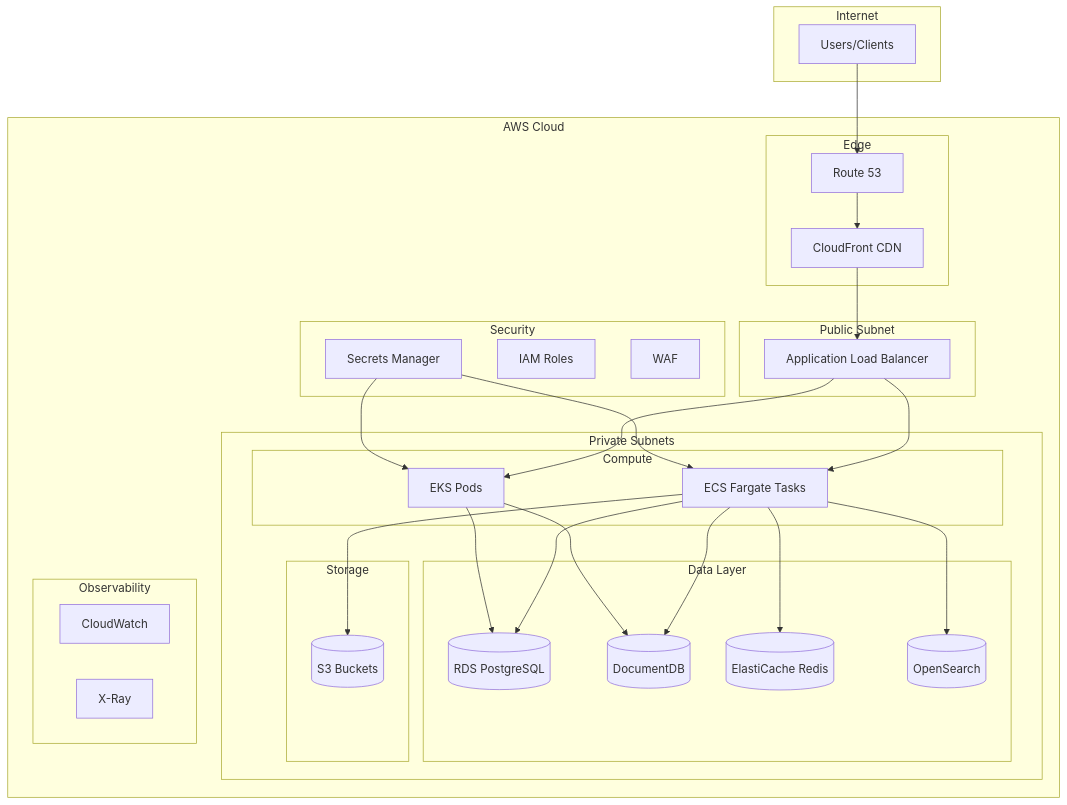
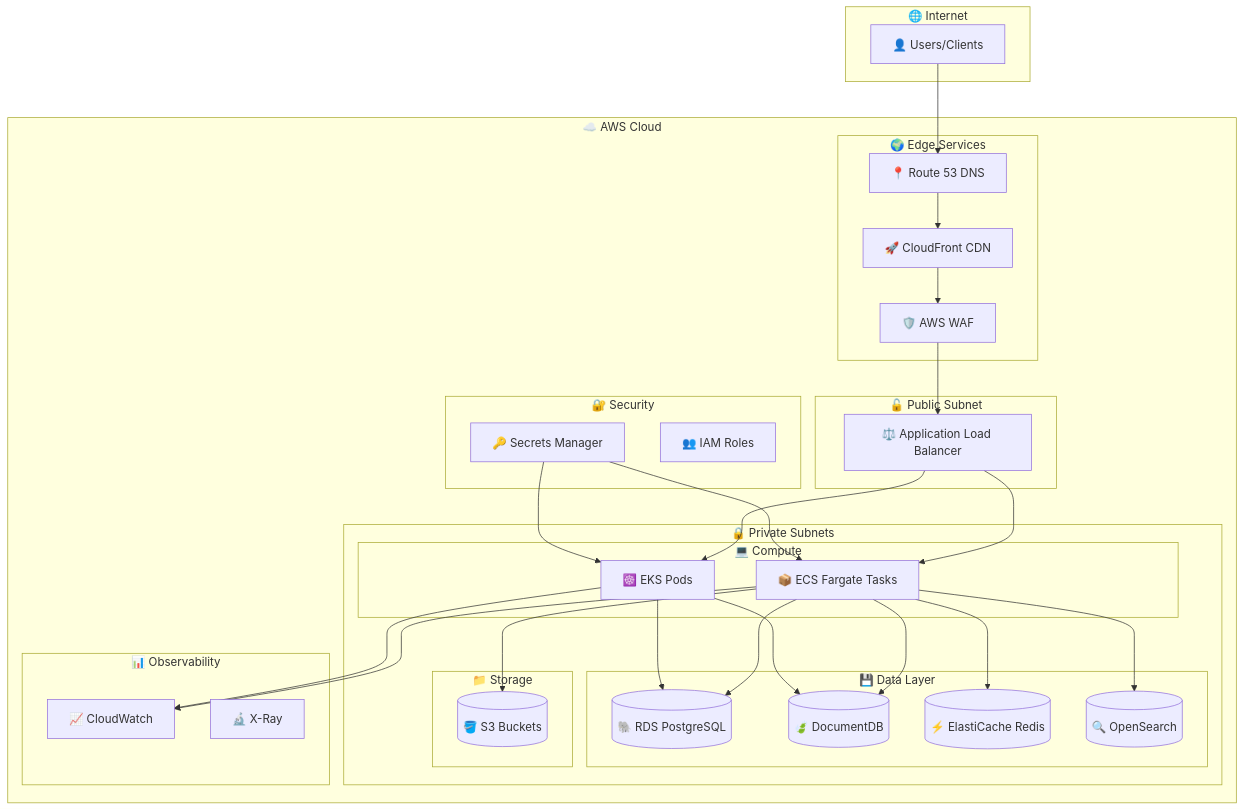
One commit to dhananjay-jadhav/Learning-resources changed the first of 5 diagrams in PortFolio Project Functional Requirements/00-Project-Index-Overview.md. Above: the diagram before and after it, drawn with Mermaid. The commit also changed other lines of this file and 2 other files, not shown here.

````diff
--- a/PortFolio Project Functional Requirements/00-Project-Index-Overview.md
+++ b/PortFolio Project Functional Requirements/00-Project-Index-Overview.md
@@ -105,61 +172,64 @@
 ```mermaid
 graph TD
-    subgraph "Internet"
-        User[Users/Clients]
+    subgraph "🌐 Internet"
+        User[👤 Users/Clients]
     end
 
-    subgraph "AWS Cloud"
-        subgraph "Edge"
-            CF[CloudFront CDN]
-            R53[Route 53]
+    subgraph "☁️ AWS Cloud"
+        subgraph "🌍 Edge Services"
+            CF[🚀 CloudFront CDN]
+            R53[📍 Route 53 DNS]
+            WAF[🛡️ AWS WAF]
         end
 
-        subgraph "Public Subnet"
-            ALB[Application Load Balancer]
+        subgraph "🔓 Public Subnet"
+            ALB[⚖️ Application Load Balancer]
         end
 
-        subgraph "Private Subnets"
-            subgraph "Compute"
-                ECS[ECS Fargate Tasks]
-                EKS[EKS Pods]
+        subgraph "🔒 Private Subnets"
+            subgraph "💻 Compute"
+                ECS[📦 ECS Fargate Tasks]
+                EKS[☸️ EKS Pods]
             end
 
-            subgraph "Data Layer"
-                RDS[(RDS PostgreSQL)]
-                DocDB[(DocumentDB)]
-                EC[(ElastiCache Redis)]
-                OS[(OpenSearch)]
+            subgraph "💾 Data Layer"
+                RDS[(🐘 RDS PostgreSQL)]
+                DocDB[(🍃 DocumentDB)]
+                EC[(⚡ ElastiCache Redis)]
+                OS[(🔍 OpenSearch)]
             end
 
-            subgraph "Storage"
-                S3[(S3 Buckets)]
+            subgraph "📁 Storage"
+                S3[(🪣 S3 Buckets)]
             end
         end
 
-        subgraph "Security"
-            SM[Secrets Manager]
-            IAM[IAM Roles]
-            WAF[WAF]
+        subgraph "🔐 Security"
+            SM[🔑 Secrets Manager]
+            IAM[👥 IAM Roles]
         end
 
-        subgraph "Observability"
-            CW[CloudWatch]
-            XRay[X-Ray]
+        subgraph "📊 Observability"
+            CW[📈 CloudWatch]
+            XRay[🔬 X-Ray]
         end
     end
 
     User --> R53
     R53 --> CF
-    CF --> ALB
+    CF --> WAF
+    WAF --> ALB
     ALB --> ECS
     ALB --> EKS
     ECS --> RDS
     ECS --> DocDB
     ECS --> EC
     ECS --> OS
     ECS --> S3
     EKS --> RDS
     EKS --> DocDB
     SM --> ECS
     SM --> EKS
+    ECS --> CW
+    EKS --> CW
 ```
````
